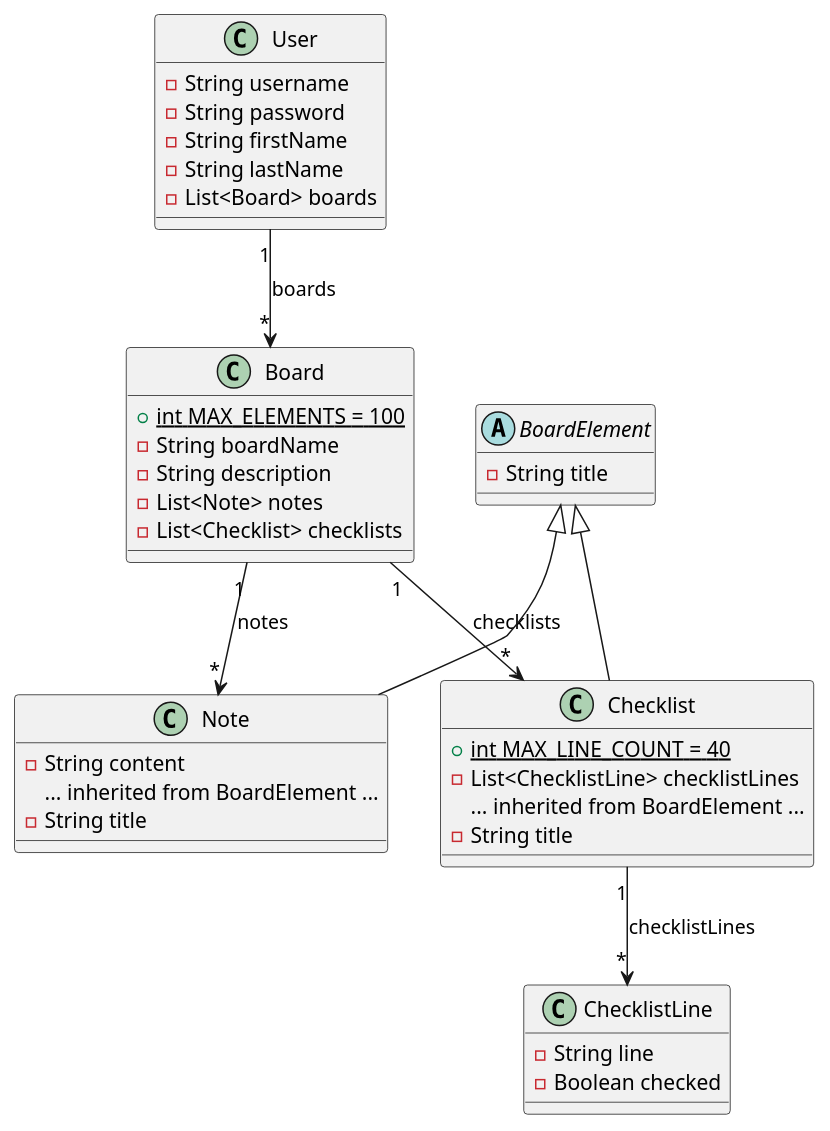
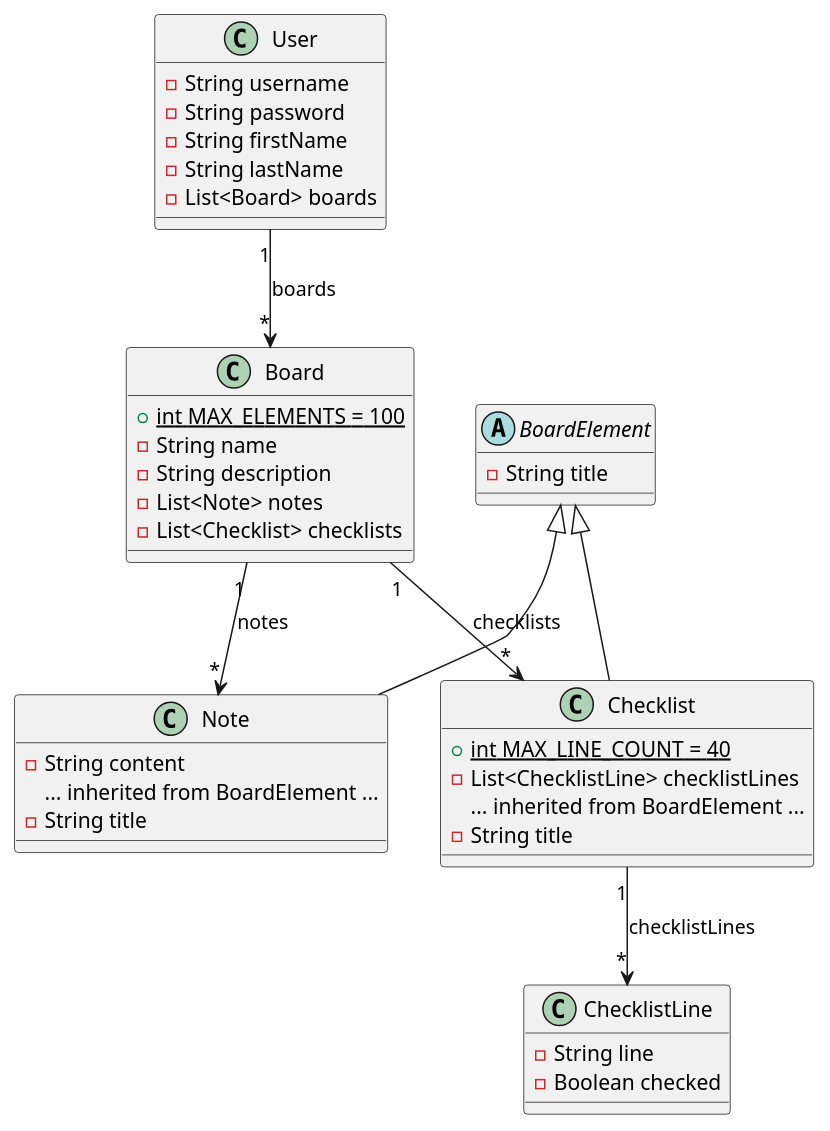
Before and after one commit to Arashfa0301/Script: the diagram in docs/resources/ClassDiagram.puml, drawn with PlantUML. The commit also changed 6 other files, not shown here.

```diff
--- a/docs/resources/ClassDiagram.puml
+++ b/docs/resources/ClassDiagram.puml
@@ -1,48 +1,48 @@
 @startuml ClassDiagram
 
 class User [[java:core.main.user]] {
 	-String username
 	-String password
 	-String firstName
     -String lastName
     -List<Board> boards
 }
 
 class Board [[java:core.main.Board]] {
 	+{static} int MAX_ELEMENTS = 100
-    -String boardName
+    -String name
     -String description
     -List<Note> notes
     -List<Checklist> checklists
 }
 
 abstract class BoardElement [[java:core.main.BoardElement]] {
 	-String title
 }
 
 class Note [[java:core.main.Note]] {
 	-String content
     ... inherited from BoardElement ...
     -String title
 }
 
 class Checklist [[java:core.main.Checklist]] {
 	+{static} int MAX_LINE_COUNT = 40
 	-List<ChecklistLine> checklistLines
     ... inherited from BoardElement ...
     -String title
 }
 
 class ChecklistLine [[java:core.main.ChecklistLine]] {
     -String line
     -Boolean checked    
 }
 
 User "1" --> "*" Board : boards
 Board "1"--> "*" Checklist : checklists
 Board "1" --> "*" Note : notes
 Checklist "1" --> "*" ChecklistLine : checklistLines
 BoardElement <|-- Checklist
 BoardElement <|-- Note
 
 @enduml
```
